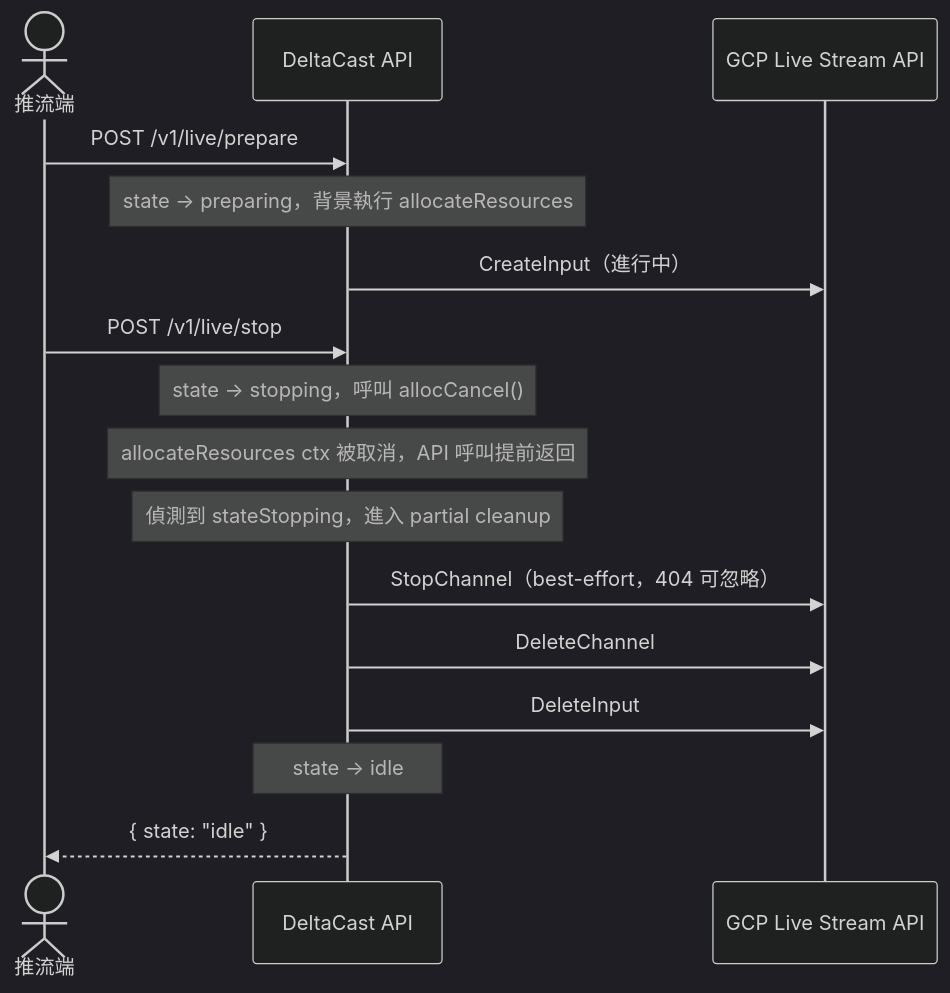
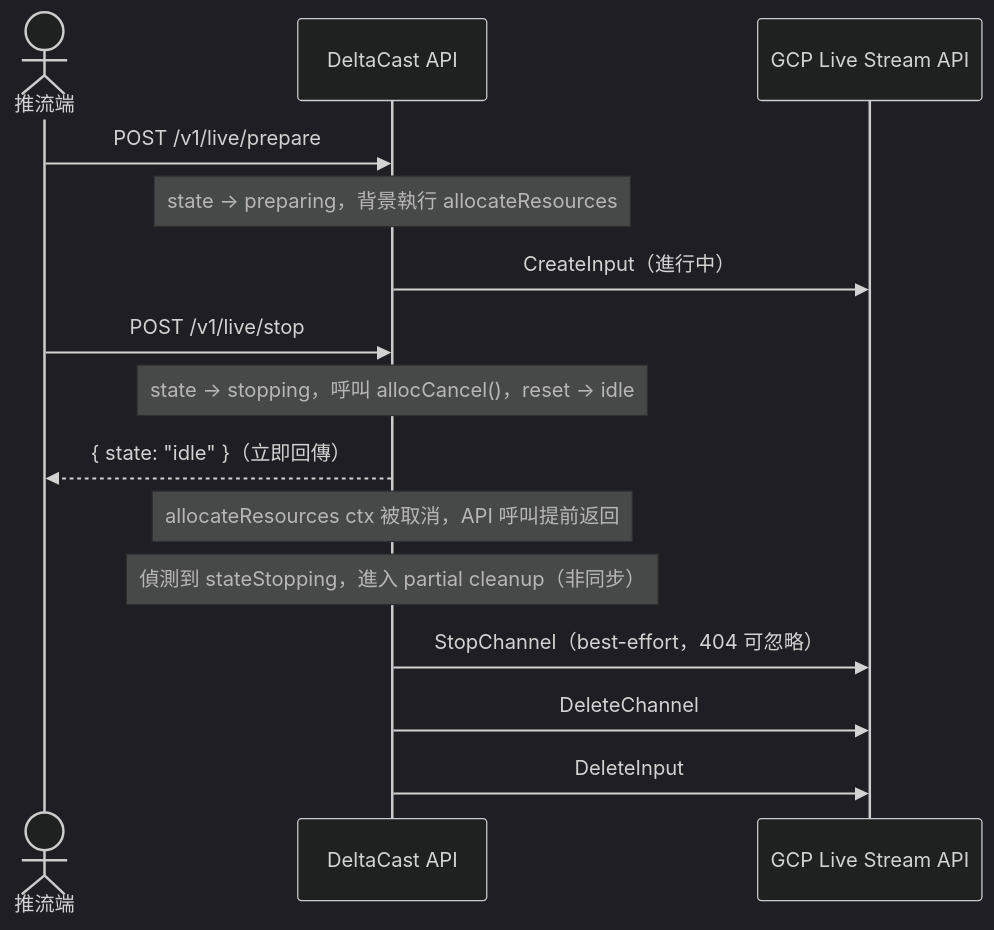
Before and after one commit to maxence2997/delta-cast: the fifth of 5 diagrams in doc/spec.md, drawn with Mermaid (dark theme). The commit also changed other lines of this file and 1 other file, not shown here.

First line of the commit message:
doc: 修正 spec.md / api.md 與程式碼不一致的描述

````diff
--- a/doc/spec.md
+++ b/doc/spec.md
@@ -214,21 +213,20 @@
 ```mermaid
 sequenceDiagram
     actor Streamer as 推流端
     participant API as DeltaCast API
     participant GCP as GCP Live Stream API
 
     Streamer->>API: POST /v1/live/prepare
     Note over API: state → preparing，背景執行 allocateResources
     API->>GCP: CreateInput（進行中）
 
     Streamer->>API: POST /v1/live/stop
-    Note over API: state → stopping，呼叫 allocCancel()
+    Note over API: state → stopping，呼叫 allocCancel()，reset → idle
+    API-->>Streamer: { state: "idle" }（立即回傳）
+
     Note over API: allocateResources ctx 被取消，API 呼叫提前返回
-
-    Note over API: 偵測到 stateStopping，進入 partial cleanup
+    Note over API: 偵測到 stateStopping，進入 partial cleanup（非同步）
     API->>GCP: StopChannel（best-effort，404 可忽略）
     API->>GCP: DeleteChannel
     API->>GCP: DeleteInput
-    Note over API: state → idle
-    API-->>Streamer: { state: "idle" }
 ```
````
